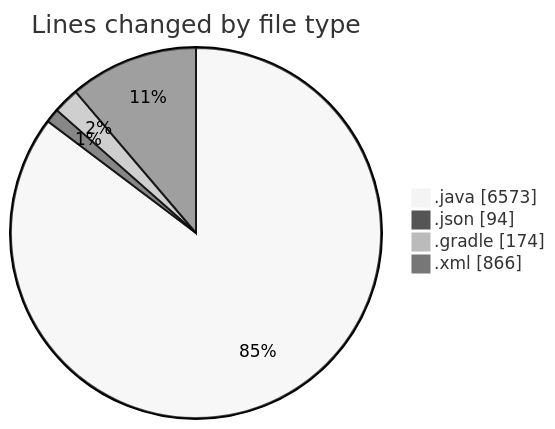
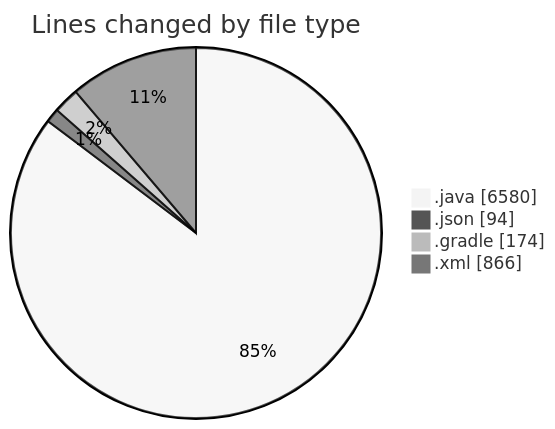
The first of 2 diagrams in 2025-02-22/micros/README.md (charlie-sans/code-tracking), drawn with Mermaid (neutral theme) before and after one commit. The commit also changed other lines of this file and 1 other file, not shown here.

````diff
--- a/2025-02-22/micros/README.md
+++ b/2025-02-22/micros/README.md
@@ -63,8 +63,8 @@
 ```mermaid
 pie showData
 title Lines changed by file type
-".java" : 6573
+".java" : 6580
 ".json" : 94
 ".gradle" : 174
 ".xml" : 866
 ```
````
